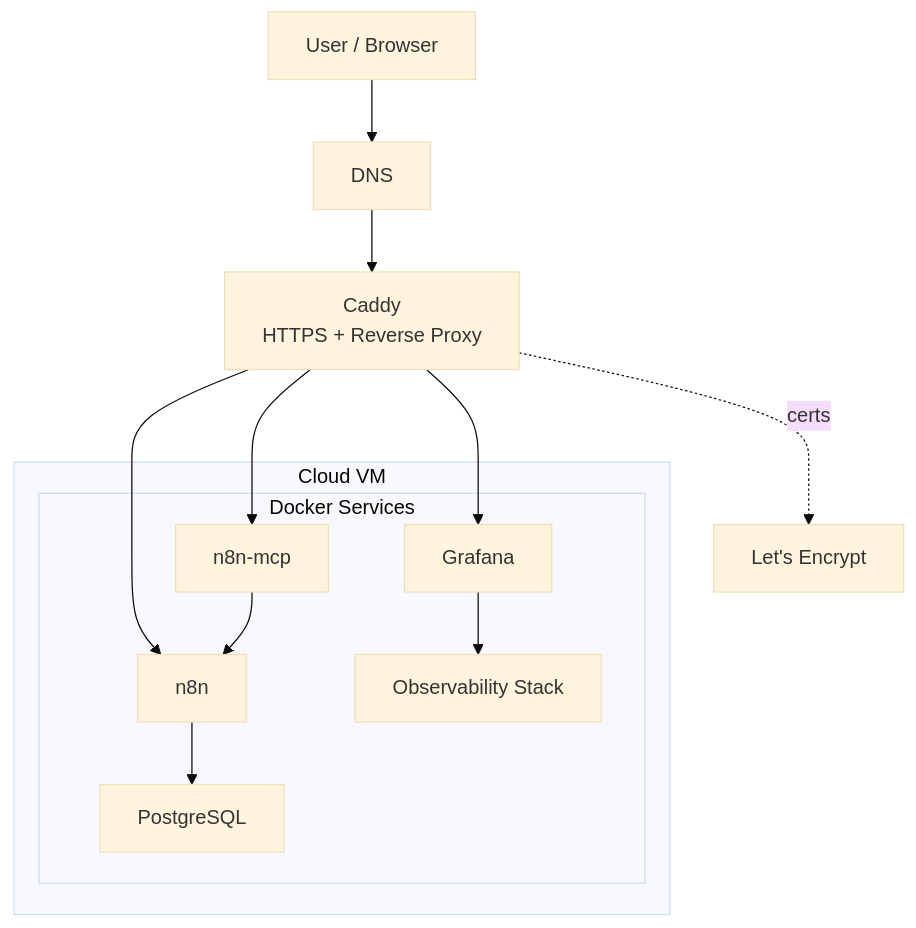
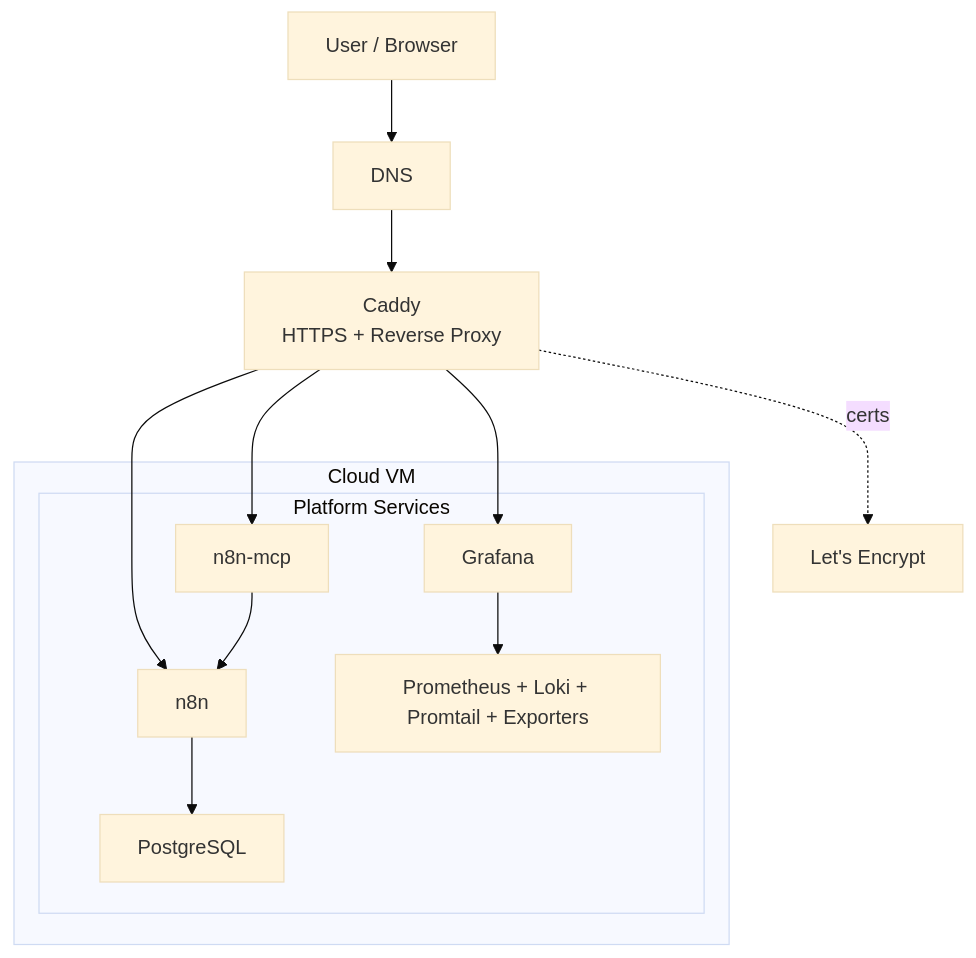
One commit to AndreySamojlov/lab-infra changed the diagram in README.md. Above: the diagram before and after it, drawn with Mermaid (base theme). The commit also changed other lines of this file and 7 other files, not shown here.

````diff
--- a/README.md
+++ b/README.md
@@ -11,27 +43,27 @@
 ```mermaid
 flowchart TB
     user["User / Browser"]
     dns["DNS"]
     caddy["Caddy<br/>HTTPS + Reverse Proxy"]
 
     subgraph vm["Cloud VM"]
-        subgraph docker["Docker Services"]
+        subgraph docker["Platform Services"]
             grafana["Grafana"]
             n8n["n8n"]
             n8nMcp["n8n-mcp"]
-            observability["Observability Stack"]
+            observability["Prometheus + Loki + Promtail + Exporters"]
             postgres["PostgreSQL"]
         end
     end
 
     le["Let's Encrypt"]
 
     user --> dns --> caddy
     caddy --> grafana
     caddy --> n8n
     caddy --> n8nMcp
     grafana --> observability
     n8n --> postgres
     n8nMcp --> n8n
     caddy -. certs .-> le
 ```
````
